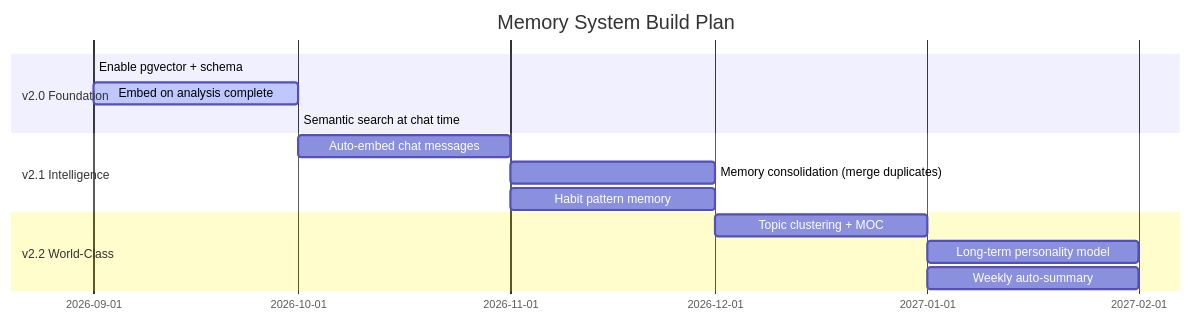
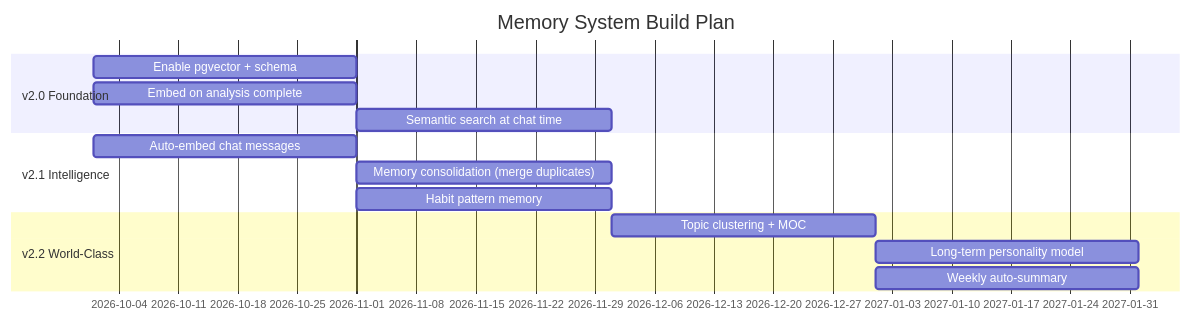
Diagram 16 of 18 in README.md (yashmagar01/The-Future-You), drawn with Mermaid before and after one commit. The commit also changed other lines of this file and 1 other file, not shown here.

````diff
--- a/README.md
+++ b/README.md
@@ -1008,17 +1010,17 @@
 ```mermaid
 gantt
     title Memory System Build Plan
     dateFormat YYYY-MM
     section v2.0 Foundation
-    Enable pgvector + schema    :done, 2026-09, 2026-09
-    Embed on analysis complete  :active, 2026-09, 2026-10
-    Semantic search at chat time :2026-10, 2026-10
+    Enable pgvector + schema    :2026-10, 2026-11
+    Embed on analysis complete  :2026-10, 2026-11
+    Semantic search at chat time :2026-11, 2026-12
     section v2.1 Intelligence
     Auto-embed chat messages    :2026-10, 2026-11
     Memory consolidation (merge duplicates) :2026-11, 2026-12
     Habit pattern memory        :2026-11, 2026-12
     section v2.2 World-Class
     Topic clustering + MOC     :2026-12, 2027-01
     Long-term personality model :2027-01, 2027-02
     Weekly auto-summary         :2027-01, 2027-02
 ```
````
